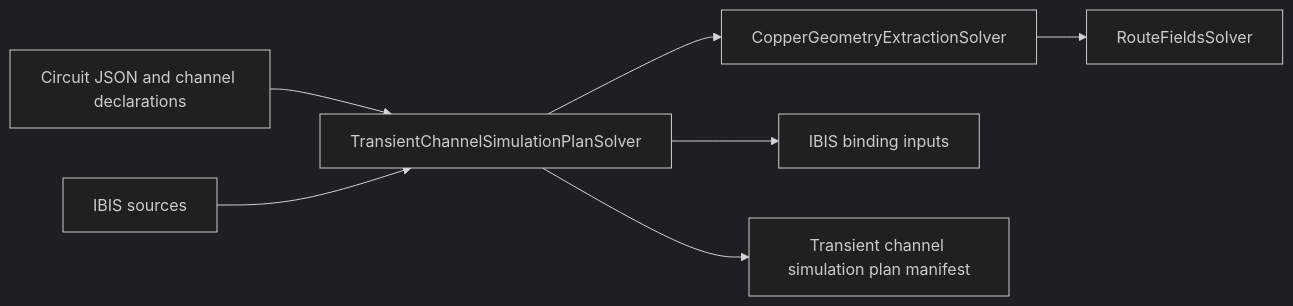
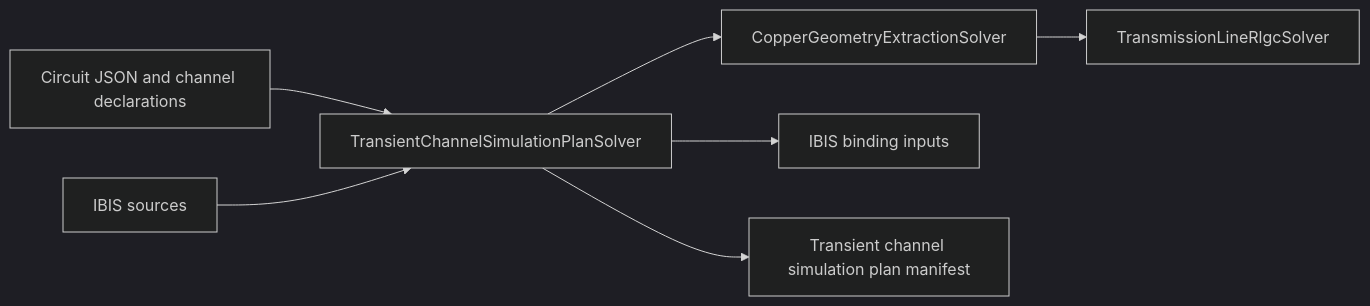
Before and after one commit to draarivpatel-ui/signal-integrity-pipeline: the first of 4 diagrams in README.md, drawn with Mermaid (dark theme). The commit also changed other lines of this file and 30 other files, not shown here.

Commit message:
refactor: name TransmissionLineRlgcSolver and move it into rlgc

````diff
--- a/README.md
+++ b/README.md
@@ -30,9 +30,9 @@
 ```mermaid
 flowchart LR
   board["Circuit JSON and channel declarations"] --> plan["TransientChannelSimulationPlanSolver"]
   ibis["IBIS sources"] --> plan
   plan --> geometry["CopperGeometryExtractionSolver"]
-  geometry --> routeFields["RouteFieldsSolver"]
+  geometry --> transmissionLineRlgc["TransmissionLineRlgcSolver"]
   plan --> binding["IBIS binding inputs"]
   plan --> manifest["Transient channel simulation plan manifest"]
 ```
````
